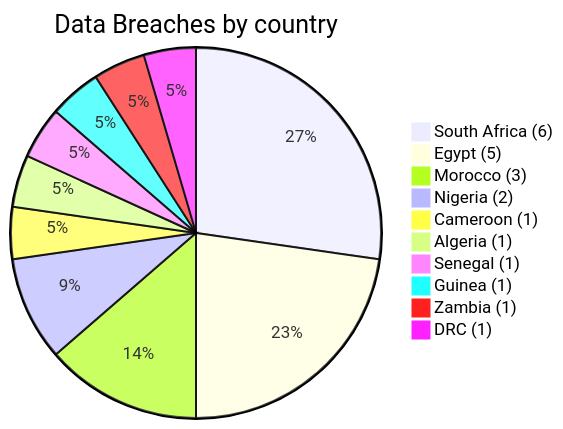
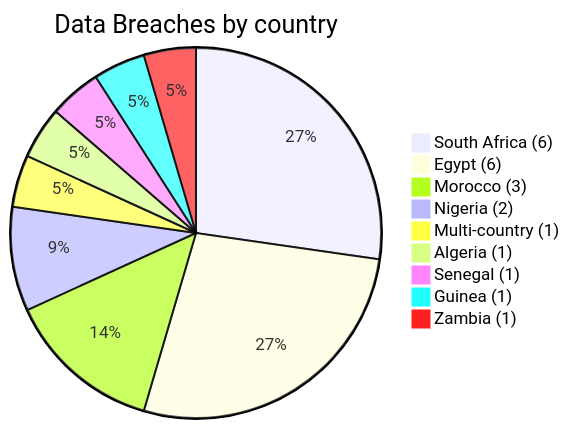
The third of 5 diagrams in CyberAttackAfrica/2026/03-march/README.md (Hatchepsoute/AFRINTEL), drawn with Mermaid before and after one commit. The commit also changed other lines of this file and 255 other files, not shown here.

````diff
--- a/CyberAttackAfrica/2026/03-march/README.md
+++ b/CyberAttackAfrica/2026/03-march/README.md
@@ -110,14 +107,13 @@
 ```mermaid
 pie
  title Data Breaches by country
  "South Africa (6)" : 6
- "Egypt (5)" : 5
+ "Egypt (6)" : 6
  "Morocco (3)" : 3
  "Nigeria (2)" : 2
- "Cameroon (1)" : 1
+ "Multi-country (1)" : 1
  "Algeria (1)" : 1
  "Senegal (1)" : 1
  "Guinea (1)" : 1
  "Zambia (1)" : 1
- "DRC (1)" : 1
 ```
````
